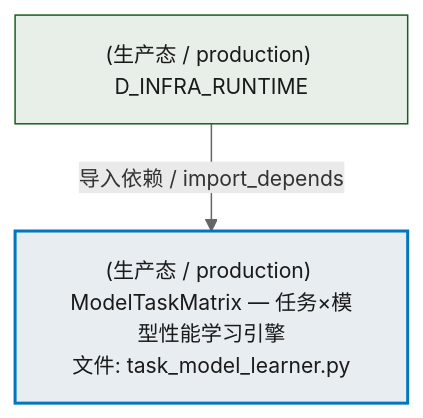
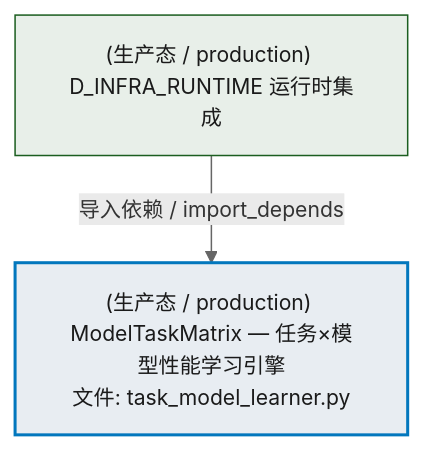
One commit to xuanFelixVan/ZephyrAlpha changed the second of 4 diagrams in docs/02_enterprise_architecture/02_domain_architecture_docs/57_d_intelligence.md. Above: the diagram before and after it, drawn with Mermaid. The commit also changed other lines of this file and 45 other files, not shown here.

````diff
--- a/docs/02_enterprise_architecture/02_domain_architecture_docs/57_d_intelligence.md
+++ b/docs/02_enterprise_architecture/02_domain_architecture_docs/57_d_intelligence.md
@@ -226,13 +226,13 @@
 ```mermaid
 %%{init: {'theme': 'base', 'themeVariables': {'primaryColor': '#eaeaea', 'primaryTextColor': '#333333', 'primaryBorderColor': '#666666', 'lineColor': '#666666', 'secondaryColor': '#eaeaea', 'tertiaryColor': '#eaeaea', 'fontSize': '14px'}}}%%
 flowchart TD
     src_zephyr_intelligence_model_profiling_task_model_learner_py["(生产态 / production) ModelTaskMatrix — 任务×模型性能学习引擎<br/>文件: task_model_learner.py"]
-    D_INFRA_RUNTIME["(生产态 / production) D_INFRA_RUNTIME"]
+    D_INFRA_RUNTIME["(生产态 / production) D_INFRA_RUNTIME 运行时集成"]
     D_INFRA_RUNTIME -->|导入依赖 / import_depends| src_zephyr_intelligence_model_profiling_task_model_learner_py
     classDef production fill:#e8edf2,stroke:#0277bd,stroke-width:2px,color:#1a1a1a
     classDef design fill:#f0ebe3,stroke:#bf360c,stroke-width:2px,color:#1a1a1a,stroke-dasharray: 5 5
     classDef external_prod fill:#e8efe9,stroke:#1b5e20,stroke-width:1px,color:#1a1a1a
     classDef external_design fill:#efe5ea,stroke:#880e4f,stroke-width:1px,color:#1a1a1a,stroke-dasharray: 5 5
     class src_zephyr_intelligence_model_profiling_task_model_learner_py production
     class D_INFRA_RUNTIME external_prod
 ```
````
